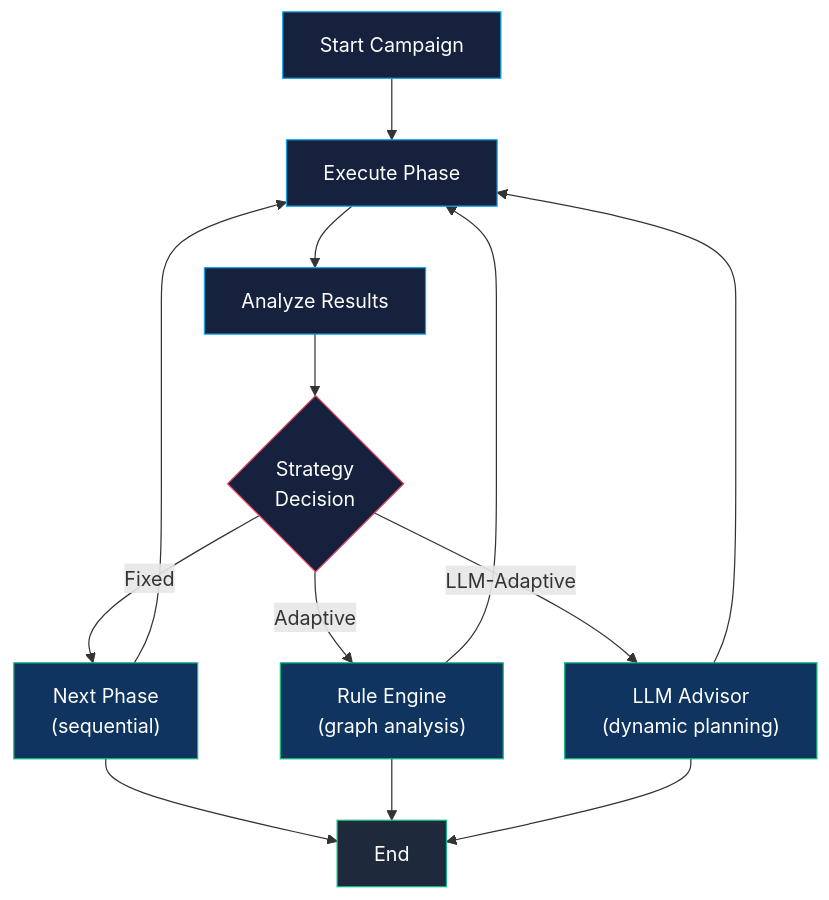
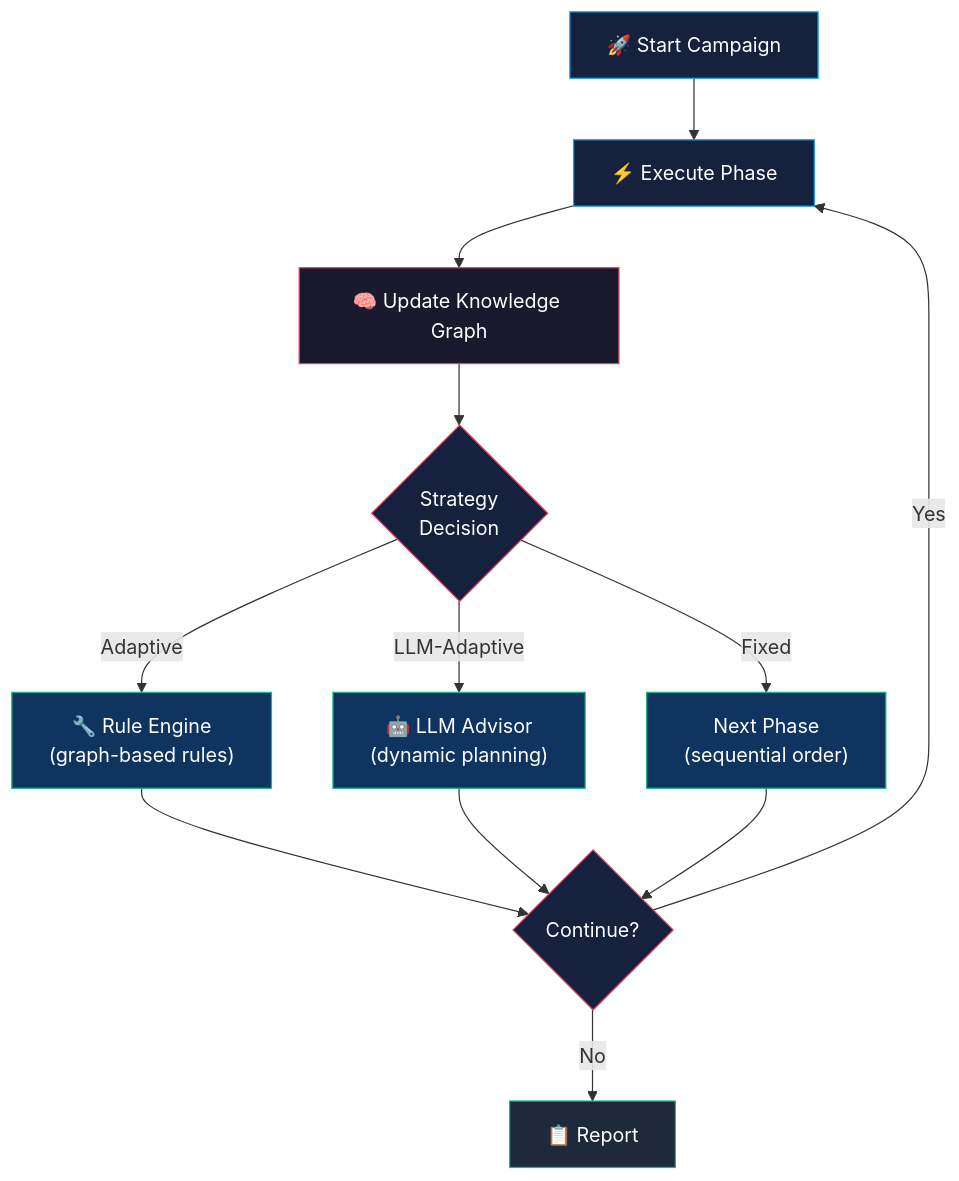
Before and after one commit to taoq-ai/ziran: the diagram in docs/concepts/adaptive-campaigns.md, drawn with Mermaid. The commit also changed other lines of this file and 4 other files, not shown here.

First line of the commit message:
docs: update mkdocs pages -- explain why, remove sales tone, fix diagrams

````diff
--- a/docs/concepts/adaptive-campaigns.md
+++ b/docs/concepts/adaptive-campaigns.md
@@ -60,24 +66,24 @@
 ```mermaid
 flowchart TD
-    S["Start Campaign"] --> P["Execute Phase"]
-    P --> A["Analyze Results"]
-    A --> D{"Strategy\nDecision"}
-    D -->|"Fixed"| N["Next Phase\n(sequential)"]
-    D -->|"Adaptive"| R["Rule Engine\n(graph analysis)"]
-    D -->|"LLM-Adaptive"| L["LLM Advisor\n(dynamic planning)"]
-    R --> P
-    L --> P
-    N --> P
-    N --> E["End"]
-    R --> E
-    L --> E
+    S["🚀 Start Campaign"] --> P["⚡ Execute Phase"]
+    P --> G["🧠 Update Knowledge Graph"]
+    G --> D{"Strategy\nDecision"}
+    D -->|"Fixed"| N["Next Phase\n(sequential order)"]
+    D -->|"Adaptive"| R["🔧 Rule Engine\n(graph-based rules)"]
+    D -->|"LLM-Adaptive"| L["🤖 LLM Advisor\n(dynamic planning)"]
+    R --> C{"Continue?"}
+    L --> C
+    N --> C
+    C -->|"Yes"| P
+    C -->|"No"| E["📋 Report"]
 
     style S fill:#16213e,stroke:#0ea5e9,color:#fff
     style P fill:#16213e,stroke:#0ea5e9,color:#fff
-    style A fill:#16213e,stroke:#0ea5e9,color:#fff
+    style G fill:#1a1a2e,stroke:#e94560,color:#fff
     style D fill:#16213e,stroke:#e94560,color:#fff
     style R fill:#0f3460,stroke:#10b981,color:#fff
     style L fill:#0f3460,stroke:#10b981,color:#fff
     style N fill:#0f3460,stroke:#10b981,color:#fff
+    style C fill:#16213e,stroke:#e94560,color:#fff
     style E fill:#1e293b,stroke:#10b981,color:#fff
 ```
````
